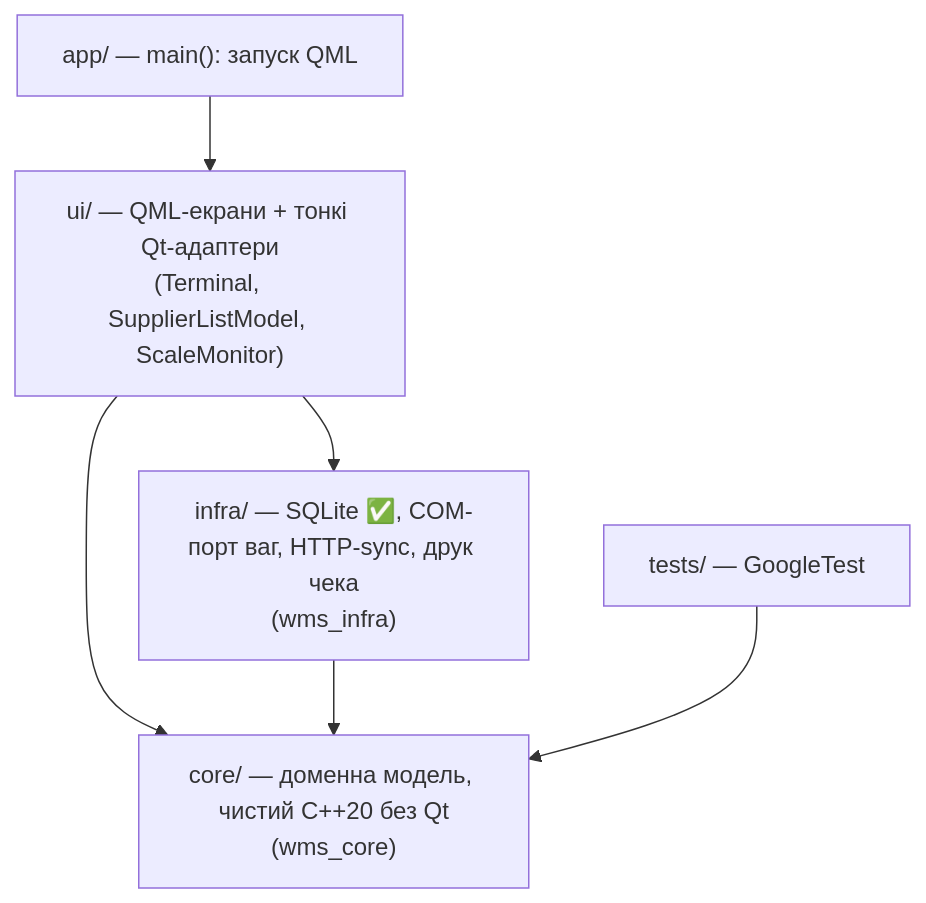
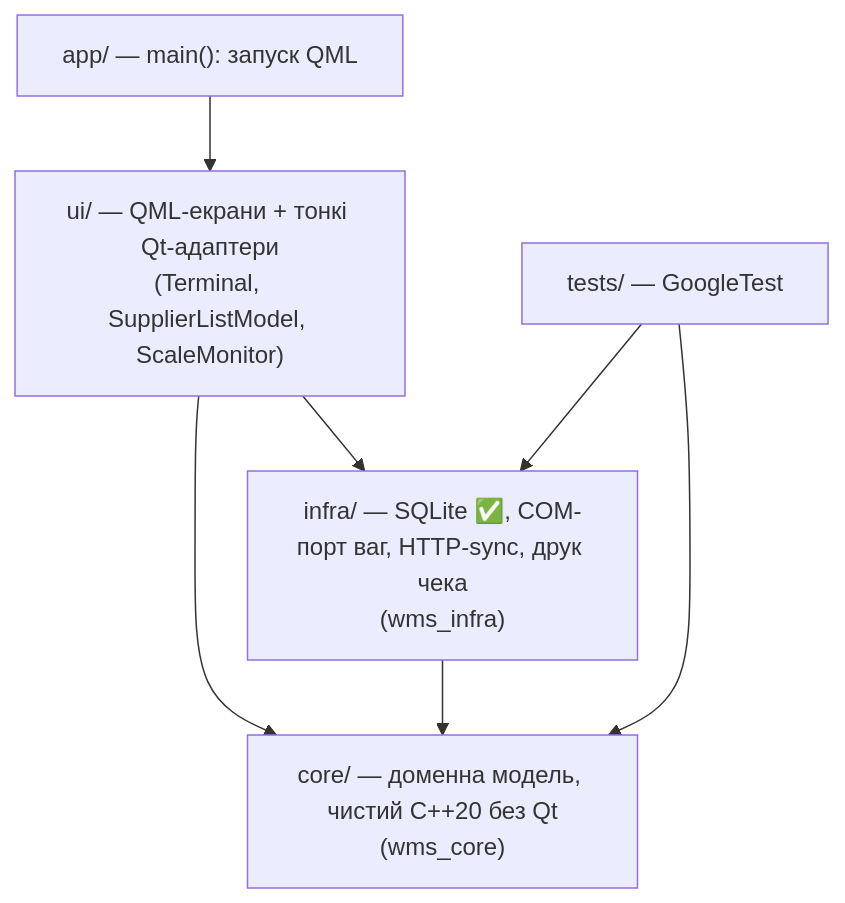
One commit to IsNazarii/Berry-WMS-Terminal changed the diagram in README.md. Above: the diagram before and after it, drawn with Mermaid. The commit also changed other lines of this file and 5 other files, not shown here.

````diff
--- a/README.md
+++ b/README.md
@@ -100,13 +108,14 @@
 ```mermaid
 flowchart TD
     UI["ui/ — QML-екрани + тонкі Qt-адаптери<br/>(Terminal, SupplierListModel, ScaleMonitor)"]
     INFRA["infra/ — SQLite ✅, COM-порт ваг, HTTP-sync, друк чека<br/>(wms_infra)"]
     CORE["core/ — доменна модель, чистий C++20 без Qt<br/>(wms_core)"]
     APP["app/ — main(): запуск QML"]
     TESTS["tests/ — GoogleTest"]
     APP --> UI
     UI --> INFRA
     UI --> CORE
     INFRA --> CORE
     TESTS --> CORE
+    TESTS --> INFRA
 ```
````
